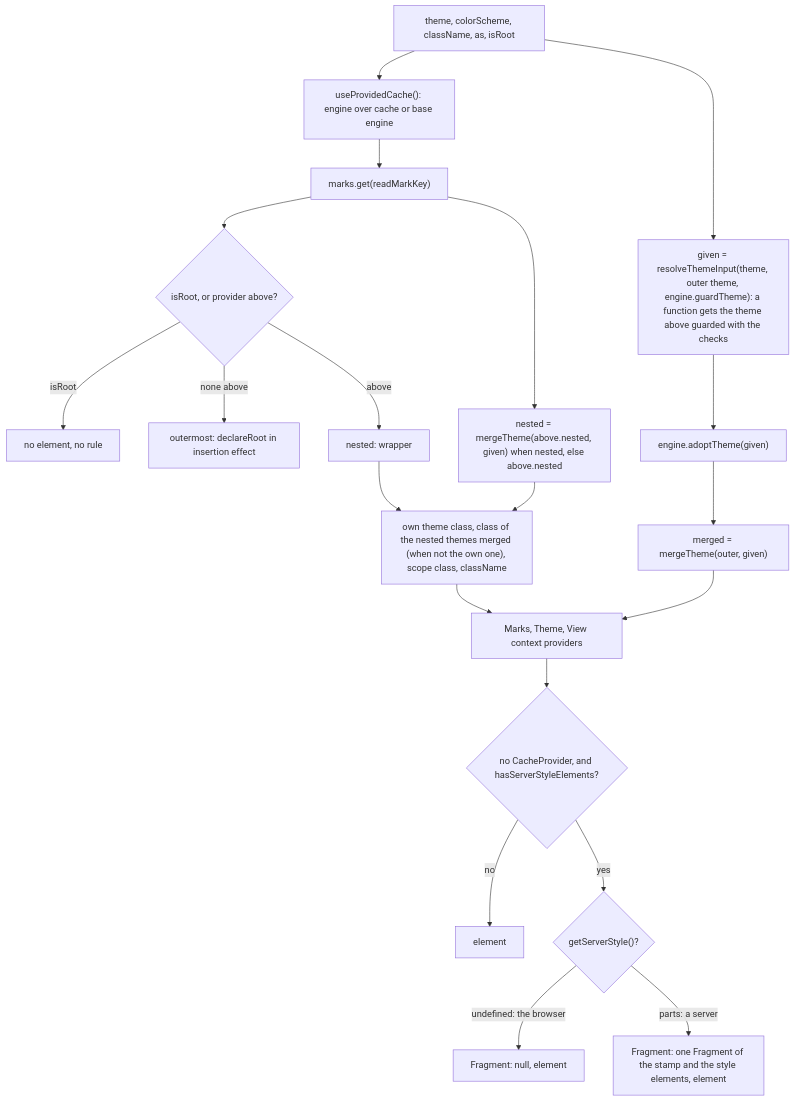
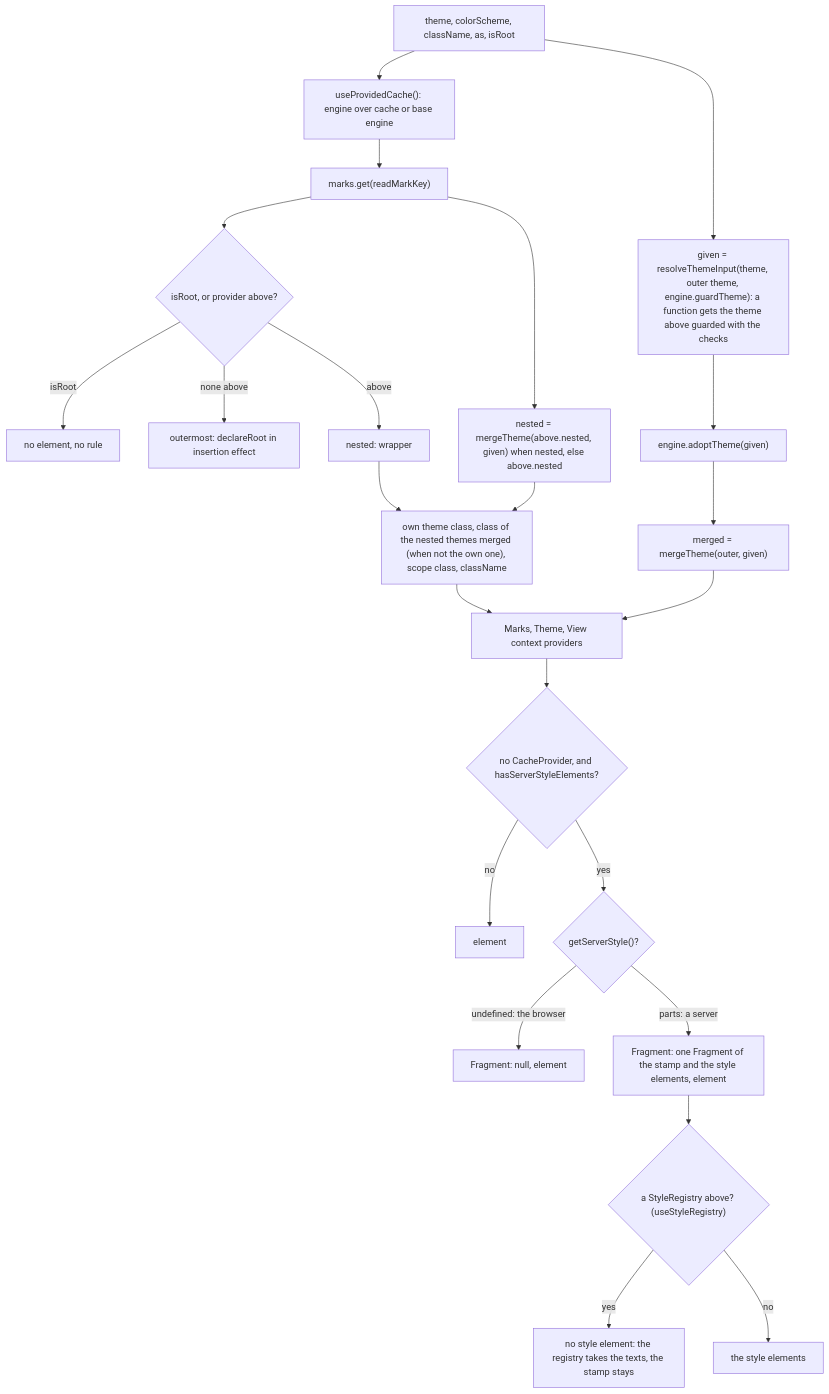
The diagram in packages/react/src/ThemeProvider.md (soroush-tech/umber-style), drawn with Mermaid before and after one commit. The commit also changed other lines of this file and 45 other files, not shown here.

Commit message:
feat(react): StyleRegistry from @umber-style/react/next places the styles of a Next.js page in the head and between streamed pieces, never among its elements, for Next.js ^16.4.6 - close #70

````diff
--- a/packages/react/src/ThemeProvider.md
+++ b/packages/react/src/ThemeProvider.md
@@ -22,22 +22,25 @@
 ```mermaid
 flowchart TD
   props["theme, colorScheme, className, as, isRoot"] --> cache["useProvidedCache(): engine over cache or base engine"]
   cache --> above["marks.get(readMarkKey)"]
   above --> role{"isRoot, or provider above?"}
   role -->|isRoot| rootRole["no element, no rule"]
   role -->|none above| outer["outermost: declareRoot in insertion effect"]
   role -->|above| nested["nested: wrapper"]
   props --> given["given = resolveThemeInput(theme, outer theme, engine.guardTheme): a function gets the theme above guarded with the checks"]
   given --> adopt["engine.adoptTheme(given)"]
   adopt --> merged["merged = mergeTheme(outer, given)"]
   above --> nestedTheme["nested = mergeTheme(above.nested, given) when nested, else above.nested"]
   nestedTheme --> classes
   nested --> classes["own theme class, class of the nested themes merged (when not the own one), scope class, className"]
   merged --> contexts["Marks, Theme, View context providers"]
   classes --> contexts
   contexts --> place{"no CacheProvider, and hasServerStyleElements?"}
   place -->|no| out["element"]
   place -->|yes| server{"getServerStyle()?"}
   server -->|undefined: the browser| empty["Fragment: null, element"]
   server -->|parts: a server| styled["Fragment: one Fragment of the stamp and the style elements, element"]
+  styled --> reg{"a StyleRegistry above? (useStyleRegistry)"}
+  reg -->|yes| regTexts["no style element: the registry takes the texts, the stamp stays"]
+  reg -->|no| elementsOut["the style elements"]
 ```
````
